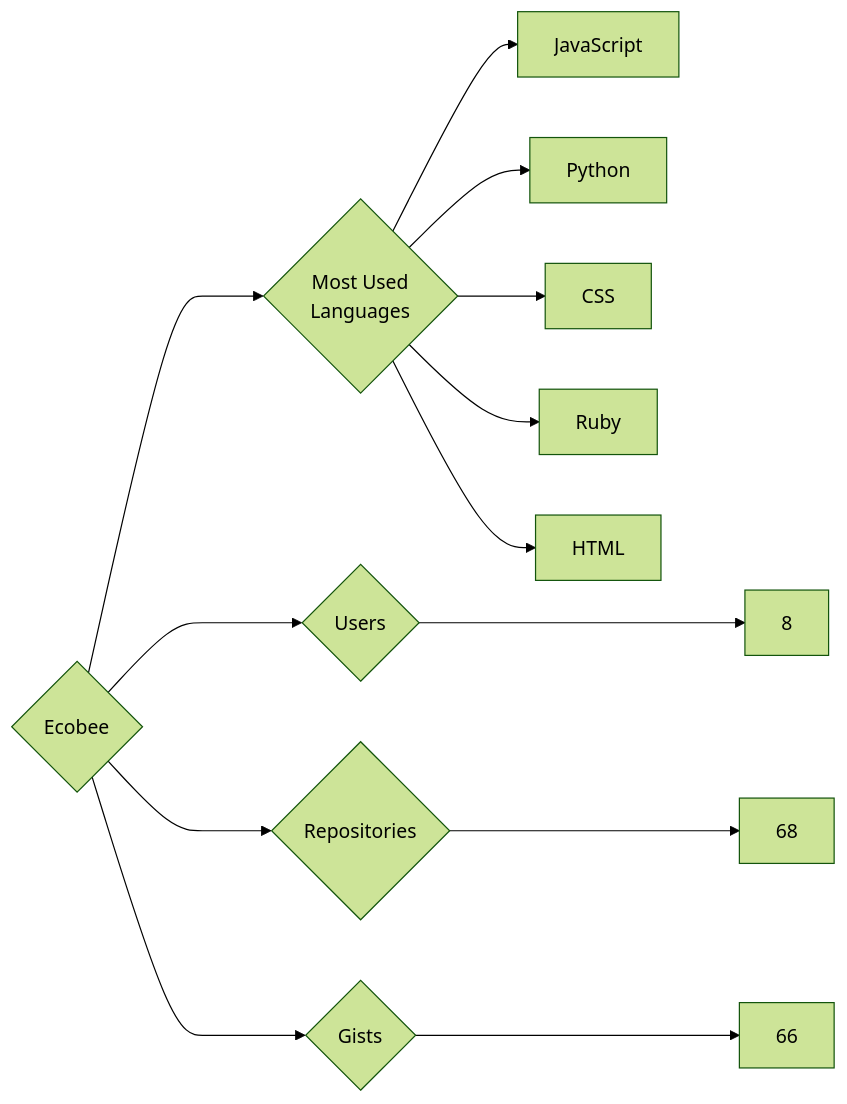
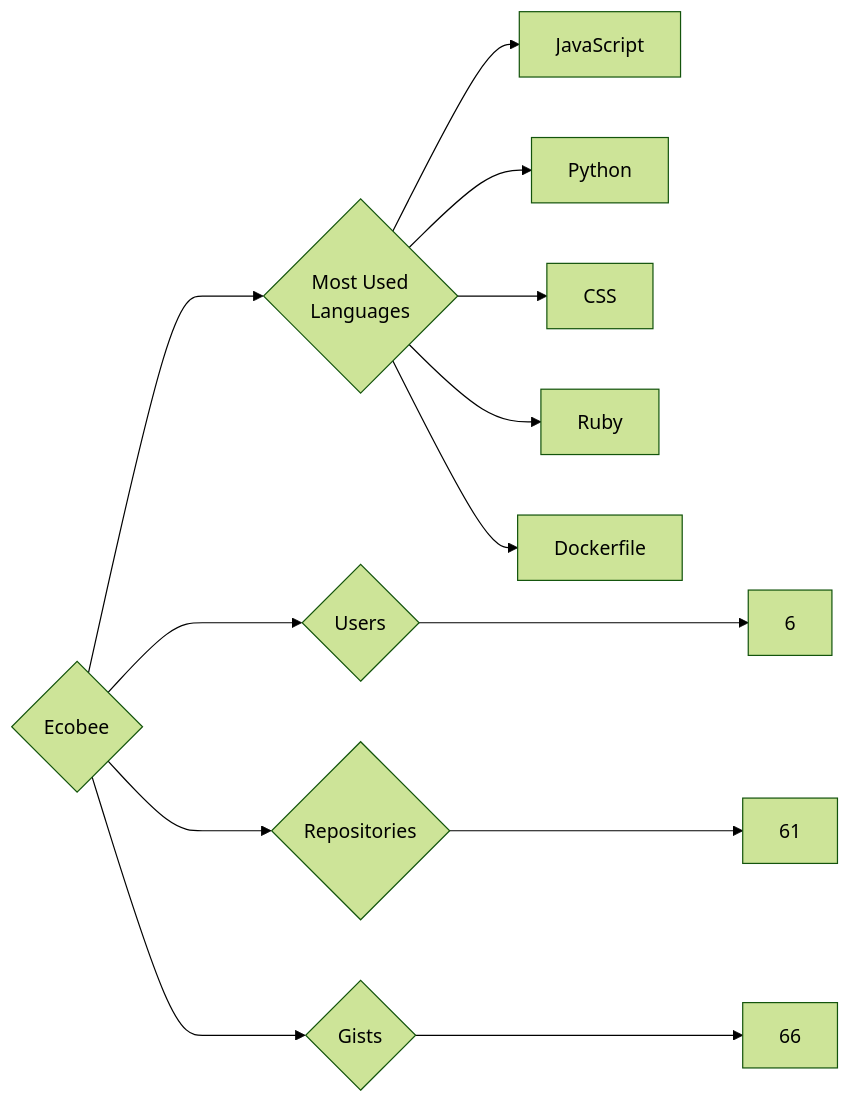
The diagram in targets/Ecobee/README.md (trickest/insiders), drawn with Mermaid (forest theme) before and after one commit. The commit also changed 988 other files, not shown here.

````diff
--- a/targets/Ecobee/README.md
+++ b/targets/Ecobee/README.md
@@ -3,13 +3,13 @@
 ```mermaid
 graph LR
 COMPANY_NAME{Ecobee}
-COMPANY_NAME ---> U{Users} ---> UN[8]
-COMPANY_NAME ---> R{Repositories} ---> RN[68]
+COMPANY_NAME ---> U{Users} ---> UN[6]
+COMPANY_NAME ---> R{Repositories} ---> RN[61]
 COMPANY_NAME ---> G{Gists} ---> GN[66]
 COMPANY_NAME ---> ML{Most Used<br>Languages}
 ML --> JavaScript[JavaScript]
 ML --> Python[Python]
 ML --> CSS[CSS]
 ML --> Ruby[Ruby]
-ML --> HTML[HTML]
+ML --> Dockerfile[Dockerfile]
 ```
````
